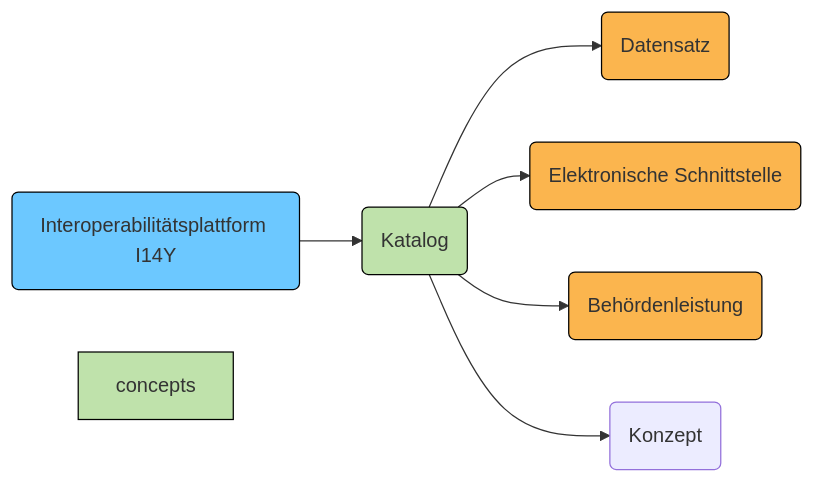
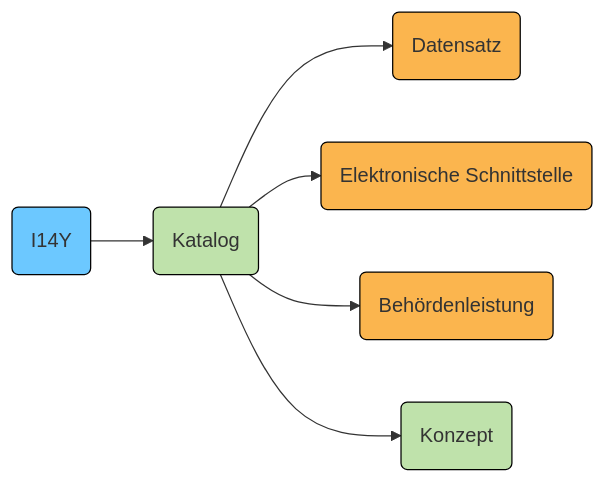
Before and after one commit to I14Y-ch/handbook: the diagram in content/de/publikation/_index.md, drawn with Mermaid.

Commit message:
Formatierungsfehler in Chart korrigiert

````diff
--- a/content/de/publikation/_index.md
+++ b/content/de/publikation/_index.md
@@ -14,36 +14,36 @@
 ```mermaid
 flowchart LR
-    i14y(Interoperabilitätsplattform I14Y)
+    i14y(I14Y)
     catalog(Katalog)
     dataset(Datensatz)
     dataservice(Elektronische Schnittstelle)
     publicservice(Behördenleistung)
     concept(Konzept)
 
 
     i14y-->catalog
     
     catalog-->dataset
     catalog-->dataservice
     catalog-->publicservice
     catalog-->concept
 
     
 style i14y fill:#6CC8FF
 style i14y stroke:black
 
 style catalog fill:#Bfe2ab
 style catalog stroke:black
 
 style dataset fill:#Fbb54e
 style dataset stroke:black
 
 style dataservice fill:#Fbb54e
 style dataservice stroke:black
 
 style publicservice fill:#Fbb54e
 style publicservice stroke:black
 
-style concepts fill:#Bfe2ab
-style concepts stroke:black
+style concept fill:#Bfe2ab
+style concept stroke:black
 ```
````
